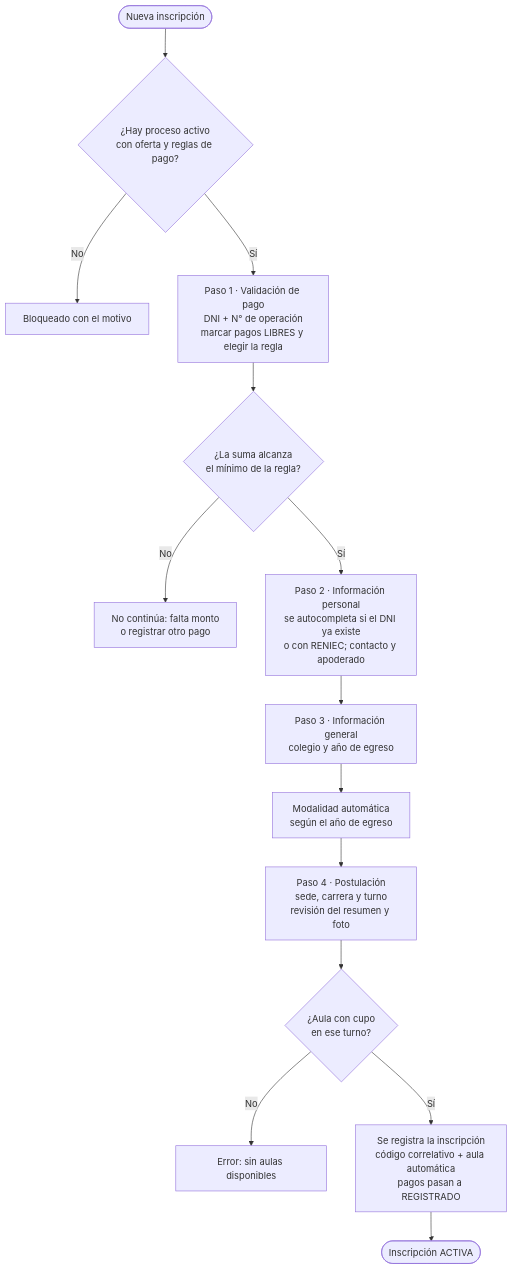
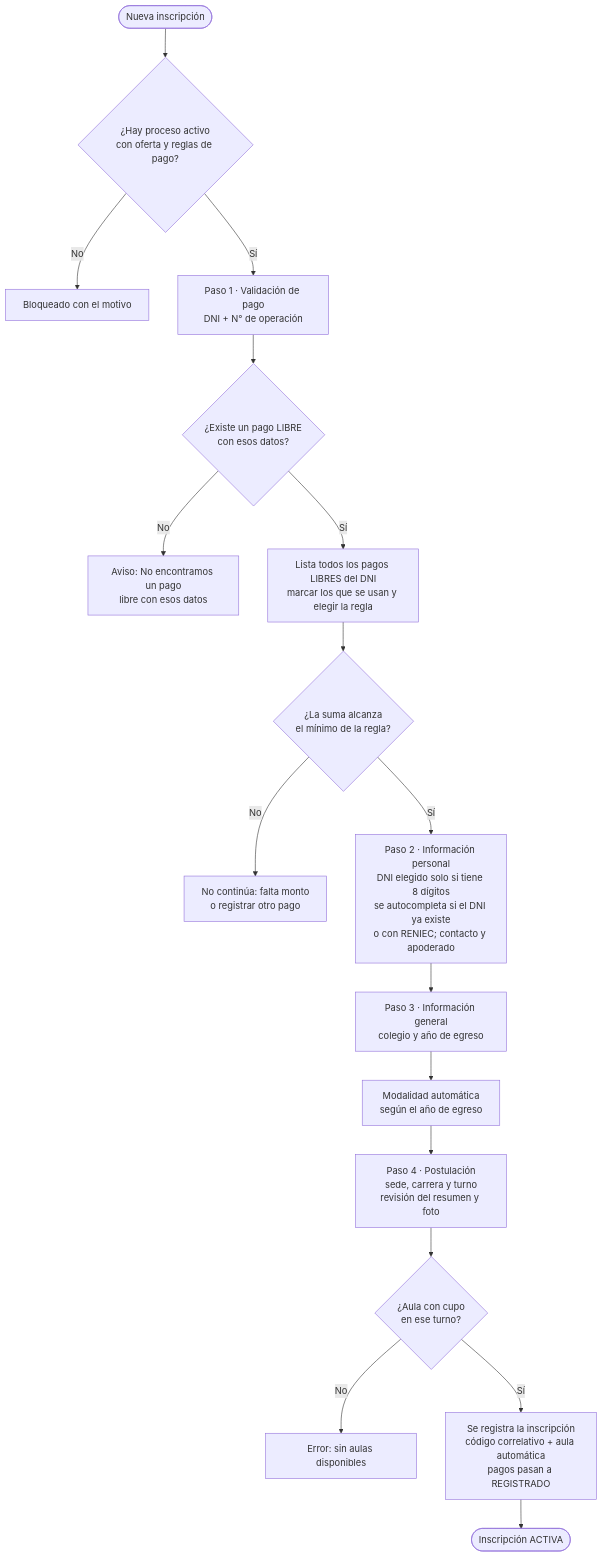
The fifth of 12 diagrams in FLUJO_PROCESOS_CEPRE.md (soujamt/cepre-unu), drawn with Mermaid before and after one commit. The commit also changed other lines of this file and 3 other files, not shown here.

````diff
--- a/FLUJO_PROCESOS_CEPRE.md
+++ b/FLUJO_PROCESOS_CEPRE.md
@@ -195,19 +199,22 @@
 ```mermaid
 flowchart TD
     START([Nueva inscripción]) --> P0{"¿Hay proceso activo<br/>con oferta y reglas de pago?"}
     P0 -- No --> X0["Bloqueado con el motivo"]
     P0 -- Sí --> P1
 
-    P1["Paso 1 · Validación de pago<br/>DNI + N° de operación<br/>marcar pagos LIBRES y elegir la regla"] --> V1{"¿La suma alcanza<br/>el mínimo de la regla?"}
+    P1["Paso 1 · Validación de pago<br/>DNI + N° de operación"] --> V0{"¿Existe un pago LIBRE<br/>con esos datos?"}
+    V0 -- No --> X0b["Aviso: No encontramos un pago<br/>libre con esos datos"]
+    V0 -- Sí --> L1["Lista todos los pagos LIBRES del DNI<br/>marcar los que se usan y elegir la regla"]
+    L1 --> V1{"¿La suma alcanza<br/>el mínimo de la regla?"}
     V1 -- No --> X1["No continúa: falta monto<br/>o registrar otro pago"]
     V1 -- Sí --> P2
 
-    P2["Paso 2 · Información personal<br/>se autocompleta si el DNI ya existe<br/>o con RENIEC; contacto y apoderado"] --> P3
+    P2["Paso 2 · Información personal<br/>DNI elegido solo si tiene 8 dígitos<br/>se autocompleta si el DNI ya existe<br/>o con RENIEC; contacto y apoderado"] --> P3
     P3["Paso 3 · Información general<br/>colegio y año de egreso"] --> M3["Modalidad automática<br/>según el año de egreso"]
     M3 --> P4
 
     P4["Paso 4 · Postulación<br/>sede, carrera y turno<br/>revisión del resumen y foto"] --> V4{"¿Aula con cupo<br/>en ese turno?"}
     V4 -- No --> X4[Error: sin aulas disponibles]
     V4 -- Sí --> S4["Se registra la inscripción<br/>código correlativo + aula automática<br/>pagos pasan a REGISTRADO"]
     S4 --> OK([Inscripción ACTIVA])
 ```
````
